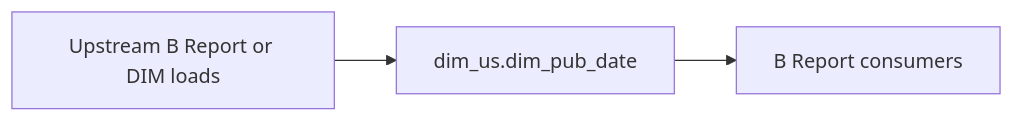
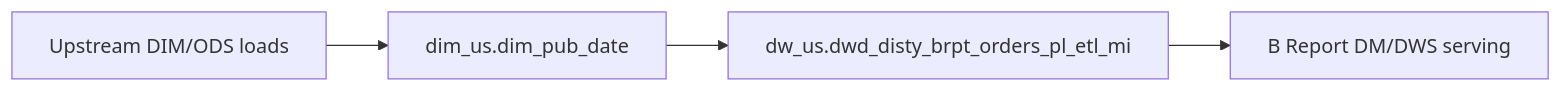
One commit to chengduhaha/data_agent changed the diagram in backend/defaults/b_report/workspace/target/knowledgebase/b-report-us/dim_pub_date.md. Above: the diagram before and after it, drawn with Mermaid. The commit also changed other lines of this file and 1108 other files, not shown here.

````diff
--- a/backend/defaults/b_report/workspace/target/knowledgebase/b-report-us/dim_pub_date.md
+++ b/backend/defaults/b_report/workspace/target/knowledgebase/b-report-us/dim_pub_date.md
@@ -143,8 +136,10 @@
 ```mermaid
 flowchart LR
-  upstream[Upstream B Report or DIM loads]
-  tgt["dim_us.dim_pub_date"]
-  brpt[B Report consumers]
-  upstream --> tgt
-  tgt --> brpt
+  upstream["Upstream DIM/ODS loads"]
+  dim["dim_us.dim_pub_date"]
+  hub["dw_us.dwd_disty_brpt_orders_pl_etl_mi"]
+  dm["B Report DM/DWS serving"]
+  upstream --> dim
+  dim --> hub
+  hub --> dm
 ```
````
